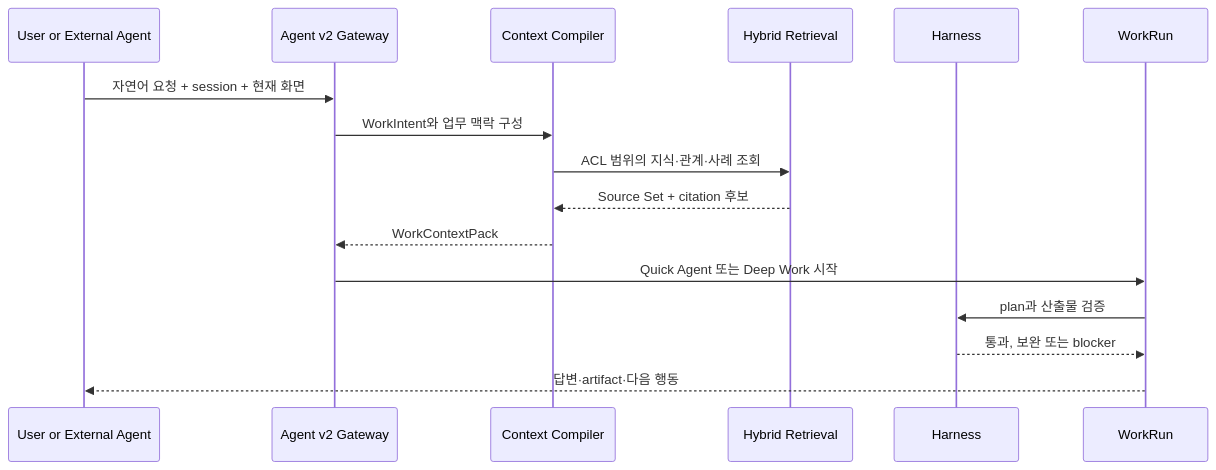
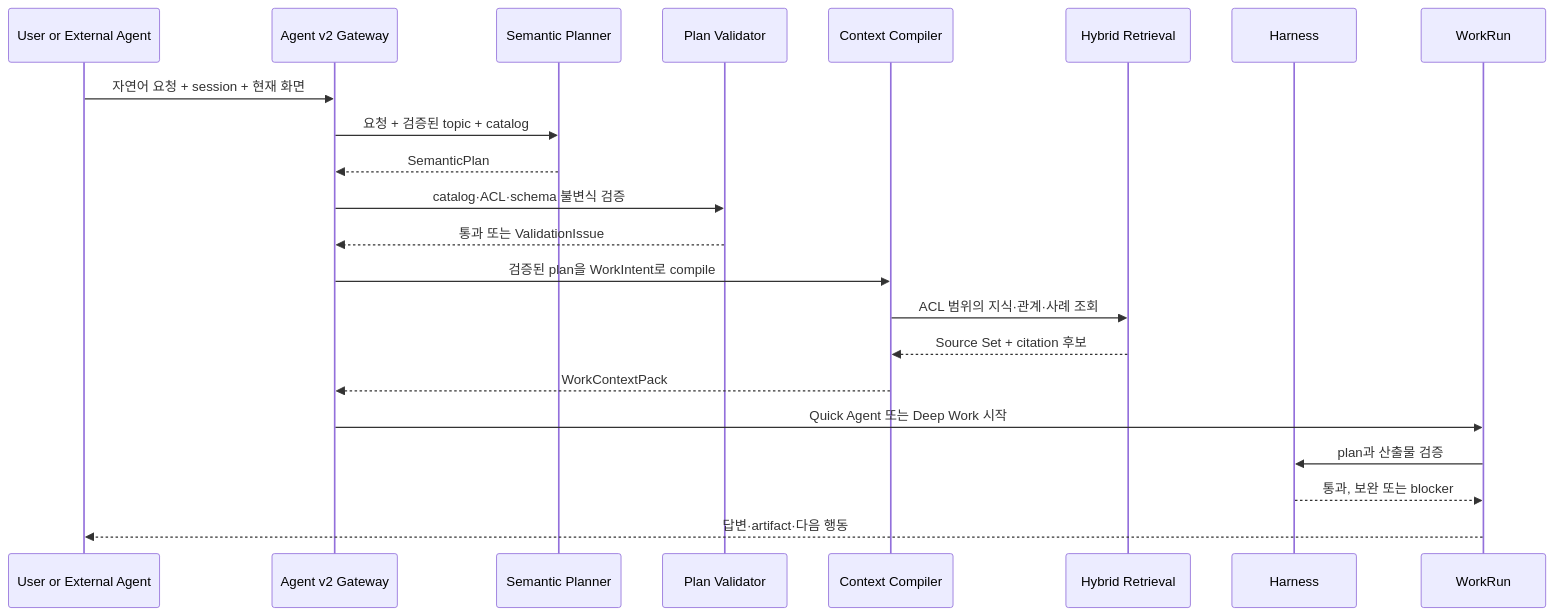
One commit to chokukil/boi-wiki changed the second of 6 diagrams in data/boi/team/platform/team-platform-boi-wiki-architecture.md. Above: the diagram before and after it, drawn with Mermaid. The commit also changed other lines of this file and 7 other files, not shown here.

Commit message:
docs: mark semantic kernel validation as in progress

````diff
--- a/data/boi/team/platform/team-platform-boi-wiki-architecture.md
+++ b/data/boi/team/platform/team-platform-boi-wiki-architecture.md
@@ -135,19 +137,25 @@
 ```mermaid
 sequenceDiagram
   participant U as User or External Agent
   participant G as Agent v2 Gateway
+  participant S as Semantic Planner
+  participant V as Plan Validator
   participant C as Context Compiler
   participant R as Hybrid Retrieval
   participant H as Harness
   participant W as WorkRun
 
   U->>G: 자연어 요청 + session + 현재 화면
-  G->>C: WorkIntent와 업무 맥락 구성
+  G->>S: 요청 + 검증된 topic + catalog
+  S-->>G: SemanticPlan
+  G->>V: catalog·ACL·schema 불변식 검증
+  V-->>G: 통과 또는 ValidationIssue
+  G->>C: 검증된 plan을 WorkIntent로 compile
   C->>R: ACL 범위의 지식·관계·사례 조회
   R-->>C: Source Set + citation 후보
   C-->>G: WorkContextPack
   G->>W: Quick Agent 또는 Deep Work 시작
   W->>H: plan과 산출물 검증
   H-->>W: 통과, 보완 또는 blocker
   W-->>U: 답변·artifact·다음 행동
 ```
````
